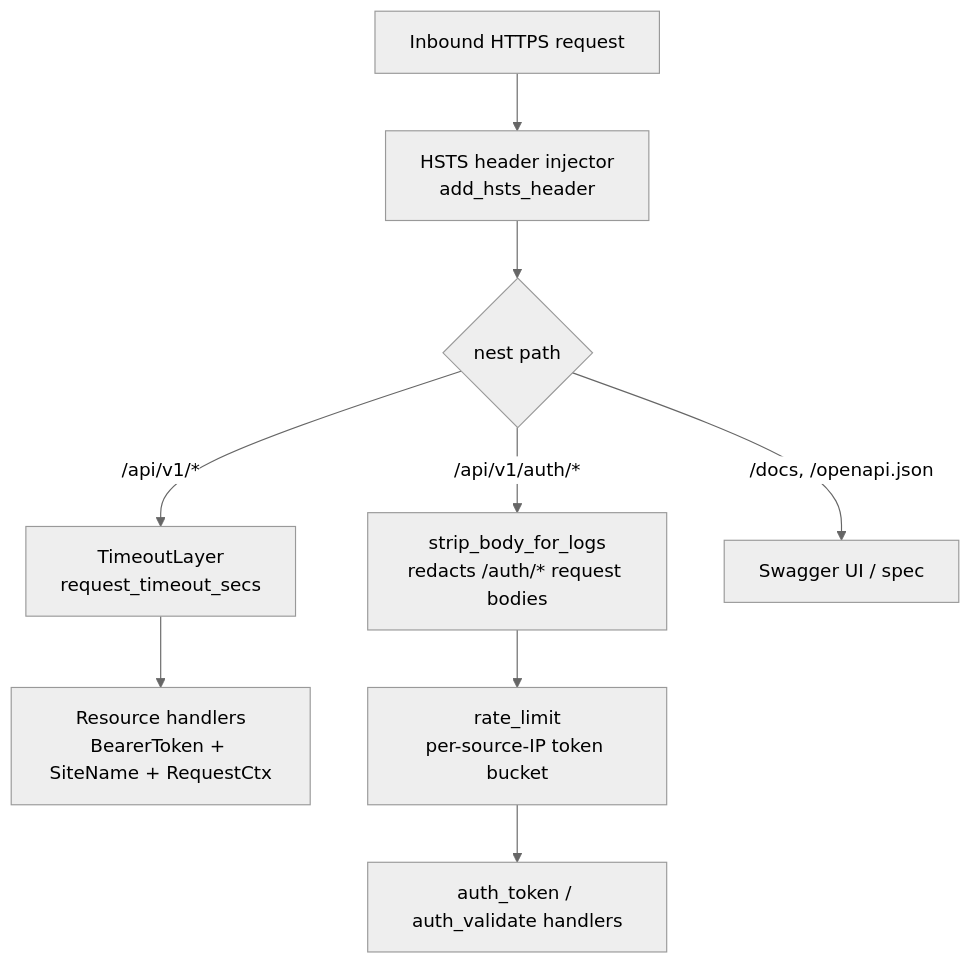
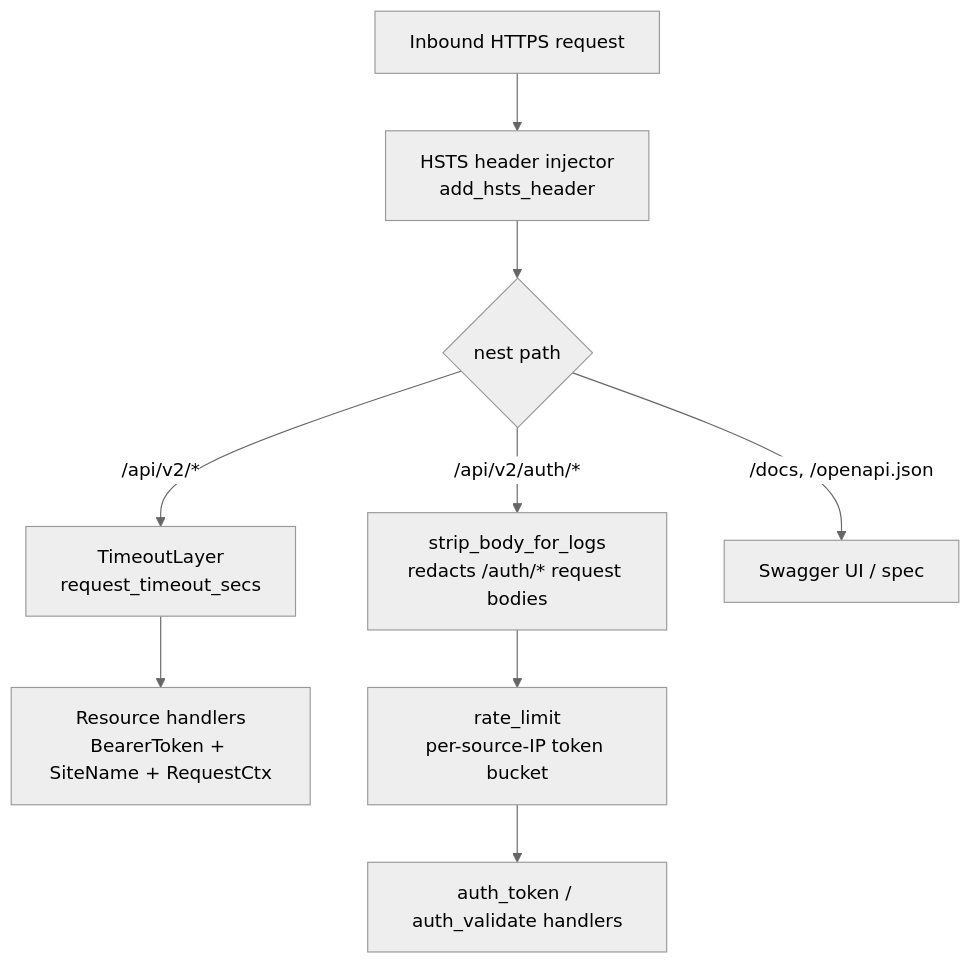
The third of 3 diagrams in ARCHITECTURE.md (eth-cscs/manta), drawn with Mermaid (neutral theme) before and after one commit. The commit also changed other lines of this file and 101 other files, not shown here.

````diff
--- a/ARCHITECTURE.md
+++ b/ARCHITECTURE.md
@@ -320,14 +320,14 @@
 ```mermaid
 flowchart TD
     Req[Inbound HTTPS request] --> HSTS[HSTS header injector<br/>add_hsts_header]
     HSTS --> Split{nest path}
 
-    Split -->|/api/v1/*| Tmo[TimeoutLayer<br/>request_timeout_secs]
+    Split -->|/api/v2/*| Tmo[TimeoutLayer<br/>request_timeout_secs]
     Tmo --> Hdlr[Resource handlers<br/>BearerToken + SiteName + RequestCtx]
 
-    Split -->|/api/v1/auth/*| StripBody[strip_body_for_logs<br/>redacts /auth/* request bodies]
+    Split -->|/api/v2/auth/*| StripBody[strip_body_for_logs<br/>redacts /auth/* request bodies]
     StripBody --> RL[rate_limit<br/>per-source-IP token bucket]
     RL --> AuthH[auth_token / auth_validate handlers]
 
     Split -->|/docs, /openapi.json| Swagger[Swagger UI / spec]
 ```
````
